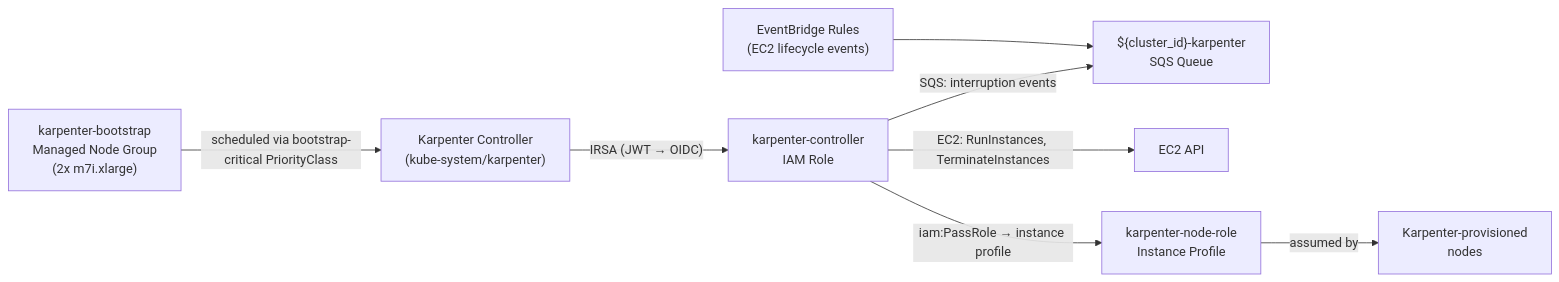
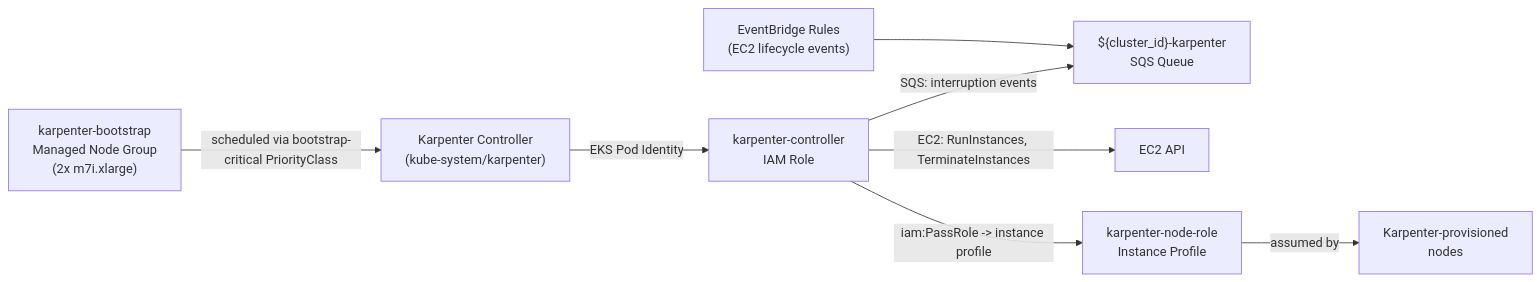
The diagram in docs/design/karpenter-node-provisioning.md (openshift-online/rosa-hyperfleet), drawn with Mermaid before and after one commit. The commit also changed other lines of this file and 31 other files, not shown here.

First line of the commit message:
chore: migrate Karpenter from IRSA to EKS Pod Identity, remove Auto Mode references

````diff
--- a/docs/design/karpenter-node-provisioning.md
+++ b/docs/design/karpenter-node-provisioning.md
@@ -41,10 +42,10 @@
 ```mermaid
 graph LR
-    KC["Karpenter Controller\n(kube-system/karpenter)"] -->|"IRSA (JWT → OIDC)"| KCR["karpenter-controller\nIAM Role"]
+    KC["Karpenter Controller\n(kube-system/karpenter)"] -->|"EKS Pod Identity"| KCR["karpenter-controller\nIAM Role"]
     KCR -->|"SQS: interruption events"| SQS["${cluster_id}-karpenter\nSQS Queue"]
     KCR -->|"EC2: RunInstances, TerminateInstances"| EC2["EC2 API"]
-    KCR -->|"iam:PassRole → instance profile"| KNR["karpenter-node-role\nInstance Profile"]
+    KCR -->|"iam:PassRole -> instance profile"| KNR["karpenter-node-role\nInstance Profile"]
     KNR -->|"assumed by"| KN["Karpenter-provisioned\nnodes"]
     BNG["karpenter-bootstrap\nManaged Node Group\n(2x m7i.xlarge)"] -->|"scheduled via bootstrap-critical PriorityClass"| KC
     EB["EventBridge Rules\n(EC2 lifecycle events)"] --> SQS
 ```
````
